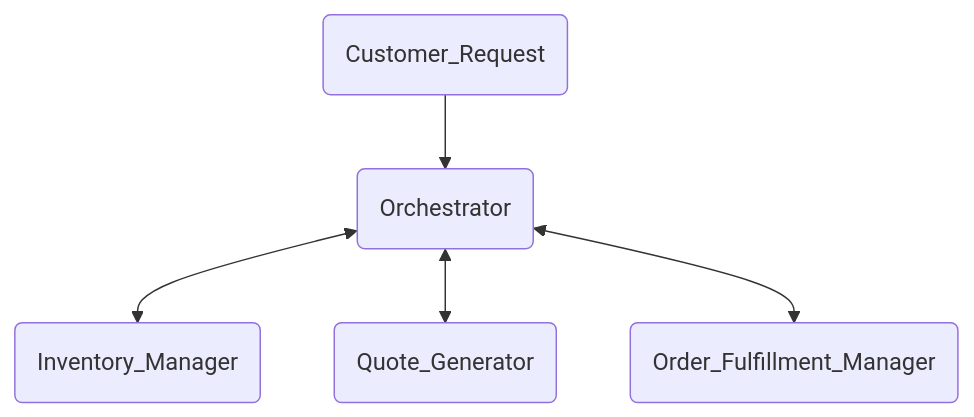
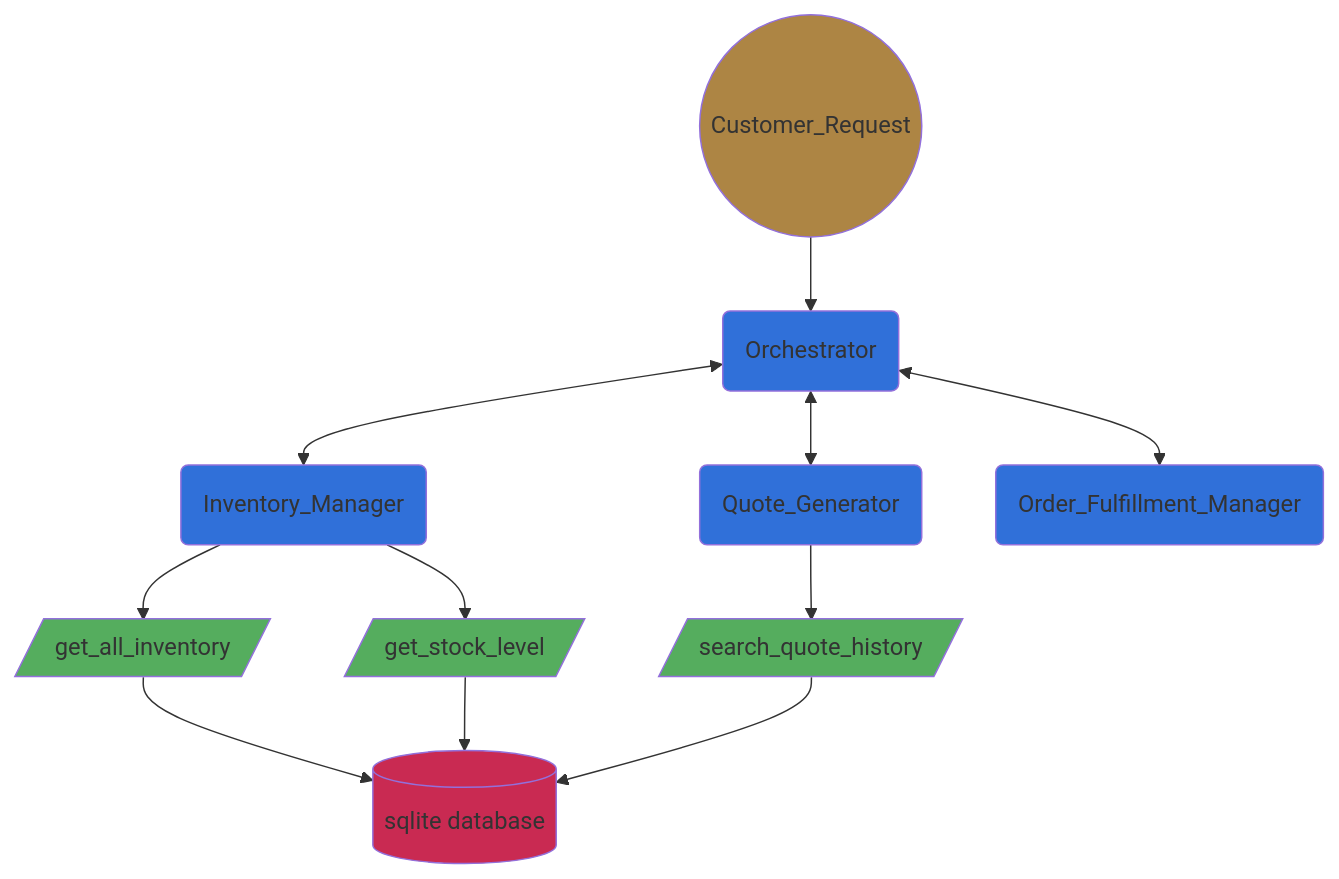
The diagram in multi_agent_systems_project/diagram.md (manishchalana/agentic_ai_nanodegree), drawn with Mermaid before and after one commit.

Commit message:
Enhance the chart

````diff
--- a/multi_agent_systems_project/diagram.md
+++ b/multi_agent_systems_project/diagram.md
@@ -1,17 +1,33 @@
 ```mermaid
 flowchart TD
+    %% ======= Class definitions ======
+    classDef customerRequest fill:#ad8544
+    classDef agent fill:#3070d9
+    classDef function fill:#55ad5e
+    classDef database fill:#c92a52
+
     %% ======= Nodes =========
-    CR(Customer_Request)
-    OR(Orchestrator)
-    IM(Inventory_Manager)
-    QG(Quote_Generator)
-    OFM(Order_Fulfillment_Manager)
+    CR((Customer_Request)):::customerRequest
+    OR(Orchestrator):::agent
+    IM(Inventory_Manager):::agent
+    QG(Quote_Generator):::agent
+    OFM(Order_Fulfillment_Manager):::agent
+    Func_1[/get_all_inventory/]:::function
+    Func_2[/get_stock_level/]:::function
+    Func_3[/search_quote_history/]:::function
+    DB[(sqlite database)]:::database
 
     %% ======= Edges =========
     CR --> OR
     OR <--> IM
     OR <--> QG
     OR <--> OFM
+    IM --> Func_1
+    IM --> Func_2
+    QG --> Func_3
+    Func_1 --> DB
+    Func_2 --> DB
+    Func_3 --> DB
 
 
 ```
````
